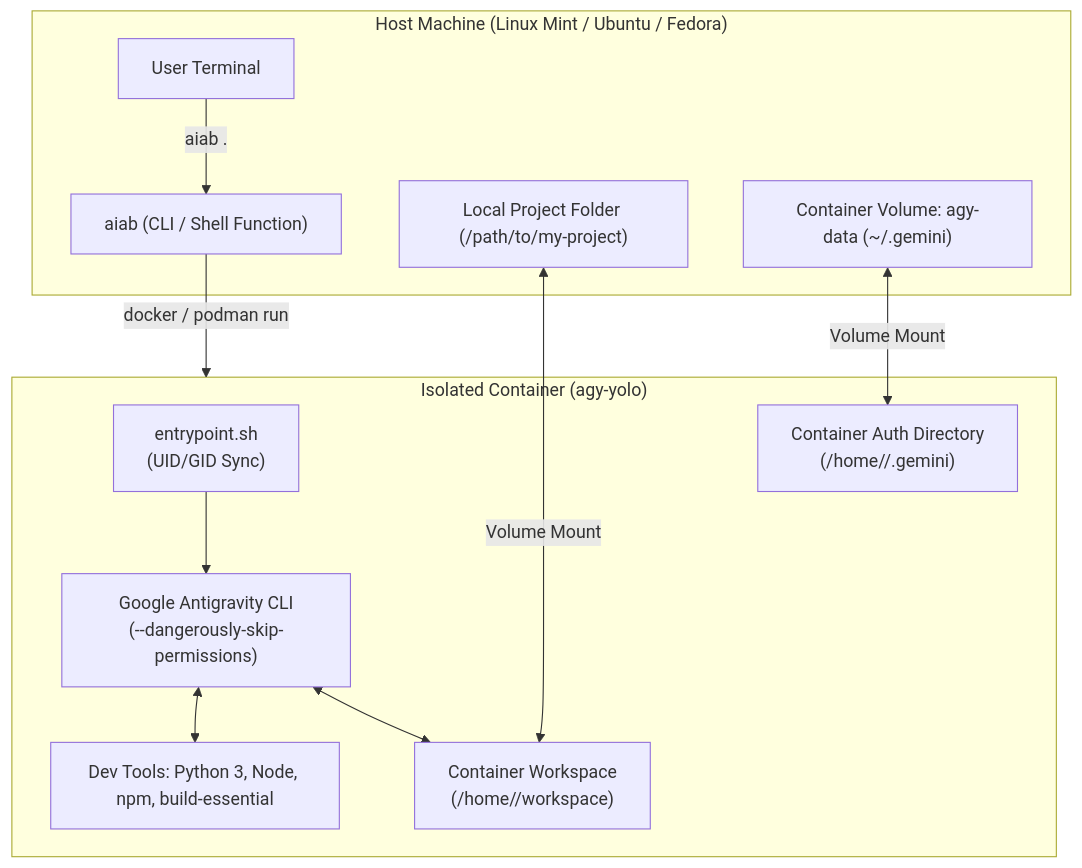
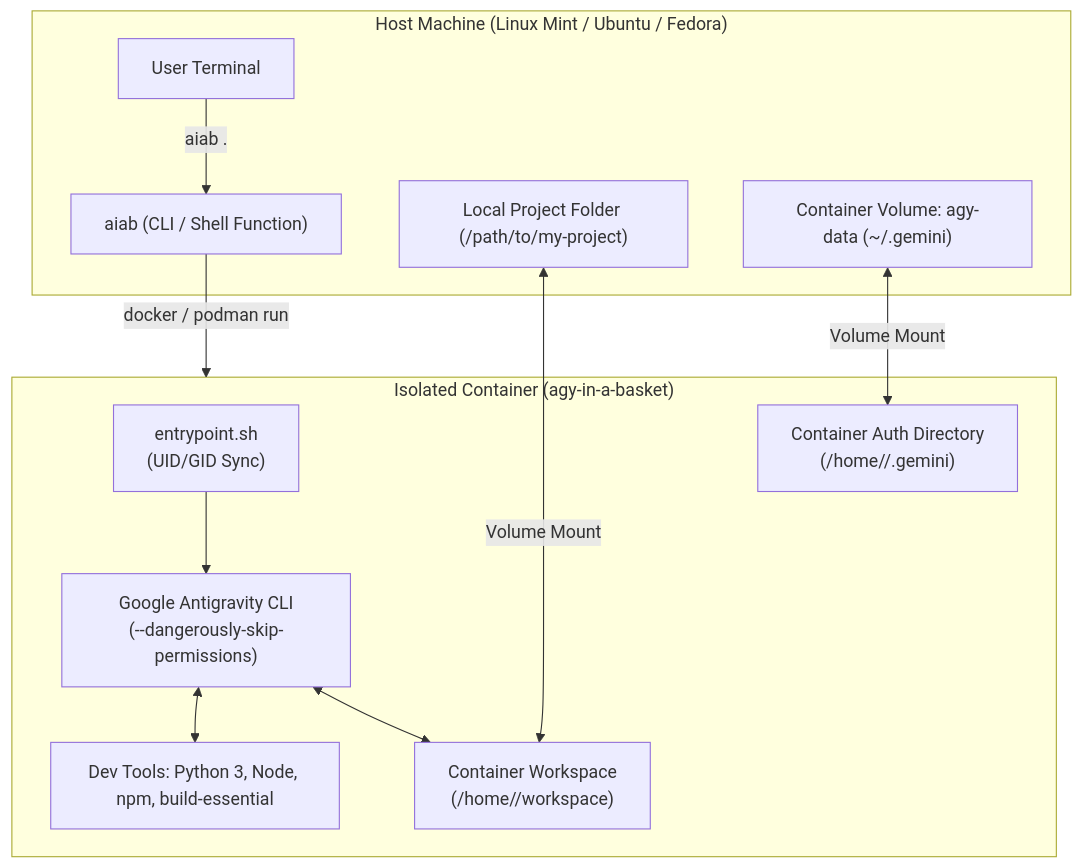
The first of 2 diagrams in README.md (Dakron42/agyInABasket), drawn with Mermaid before and after one commit. The commit also changed other lines of this file and 5 other files, not shown here.

First line of the commit message:
refactor: streamline container image naming to agy-in-a-basket:latest

````diff
--- a/README.md
+++ b/README.md
@@ -32,25 +32,25 @@
 ```mermaid
 flowchart TD
     subgraph Host["Host Machine (Linux Mint / Ubuntu / Fedora)"]
         User["User Terminal"]
         Launcher["aiab (CLI / Shell Function)"]
         Proj["Local Project Folder (/path/to/my-project)"]
         DockerVol["Container Volume: agy-data (~/.gemini)"]
     end
 
-    subgraph Container["Isolated Container (agy-yolo)"]
+    subgraph Container["Isolated Container (agy-in-a-basket)"]
         Entrypoint["entrypoint.sh\n(UID/GID Sync)"]
         AGY["Google Antigravity CLI\n(--dangerously-skip-permissions)"]
         Tools["Dev Tools: Python 3, Node, npm, build-essential"]
         WS["Container Workspace\n(/home/<user>/workspace)"]
         GeminiDir["Container Auth Directory\n(/home/<user>/.gemini)"]
     end
 
     User -->|"aiab ."| Launcher
     Launcher -->|"docker / podman run"| Container
     Proj <-->|"Volume Mount"| WS
     DockerVol <-->|"Volume Mount"| GeminiDir
     Entrypoint --> AGY
     AGY <--> Tools
     AGY <--> WS
 ```
````
